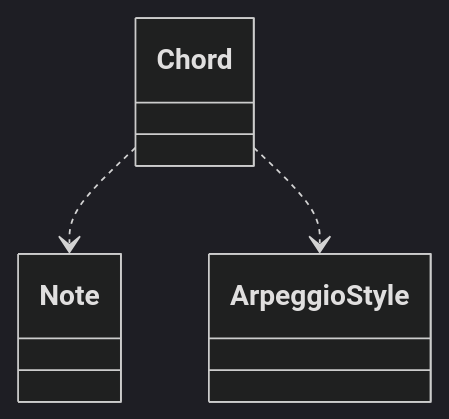
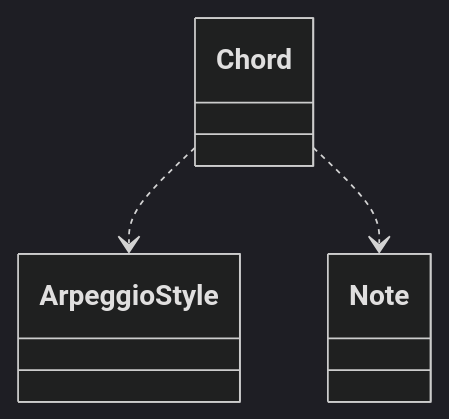
Before and after one commit to schnock-art/project_inspector: diagram 17 of 31 in test/test.md, drawn with Mermaid (dark theme). The commit also changed other lines of this file and 1 other file, not shown here.

````diff
--- a/test/test.md
+++ b/test/test.md
@@ -422,5 +462,5 @@
 ```mermaid
 classDiagram
+Chord ..> ArpeggioStyle
 Chord ..> Note
-Chord ..> ArpeggioStyle
 ```
````
